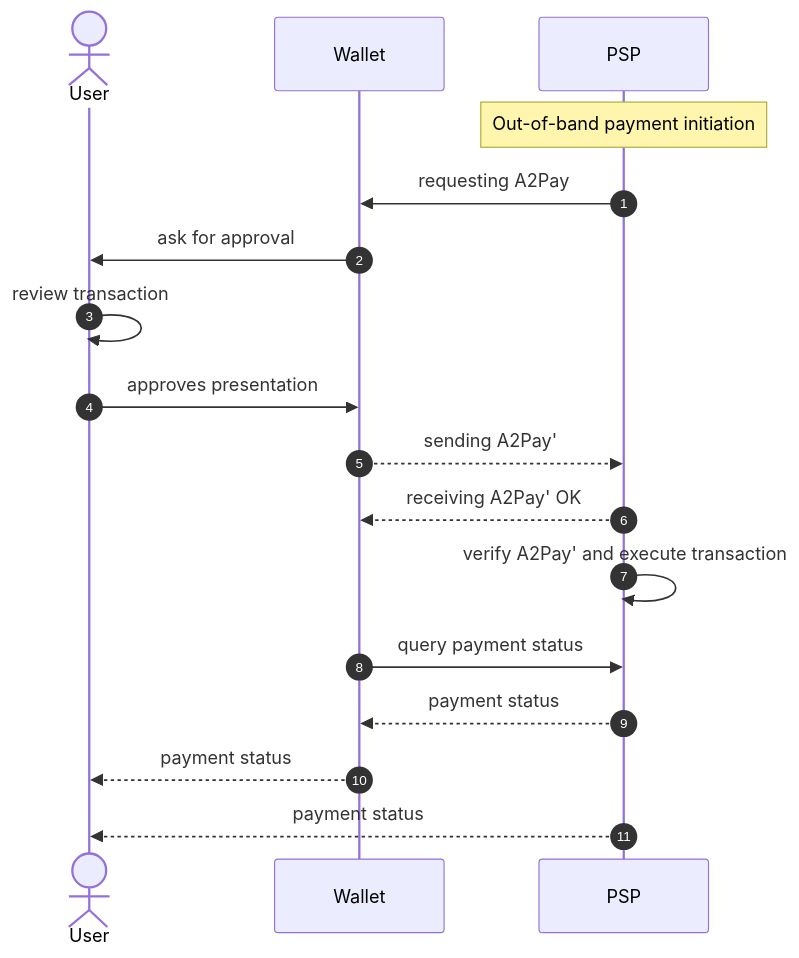
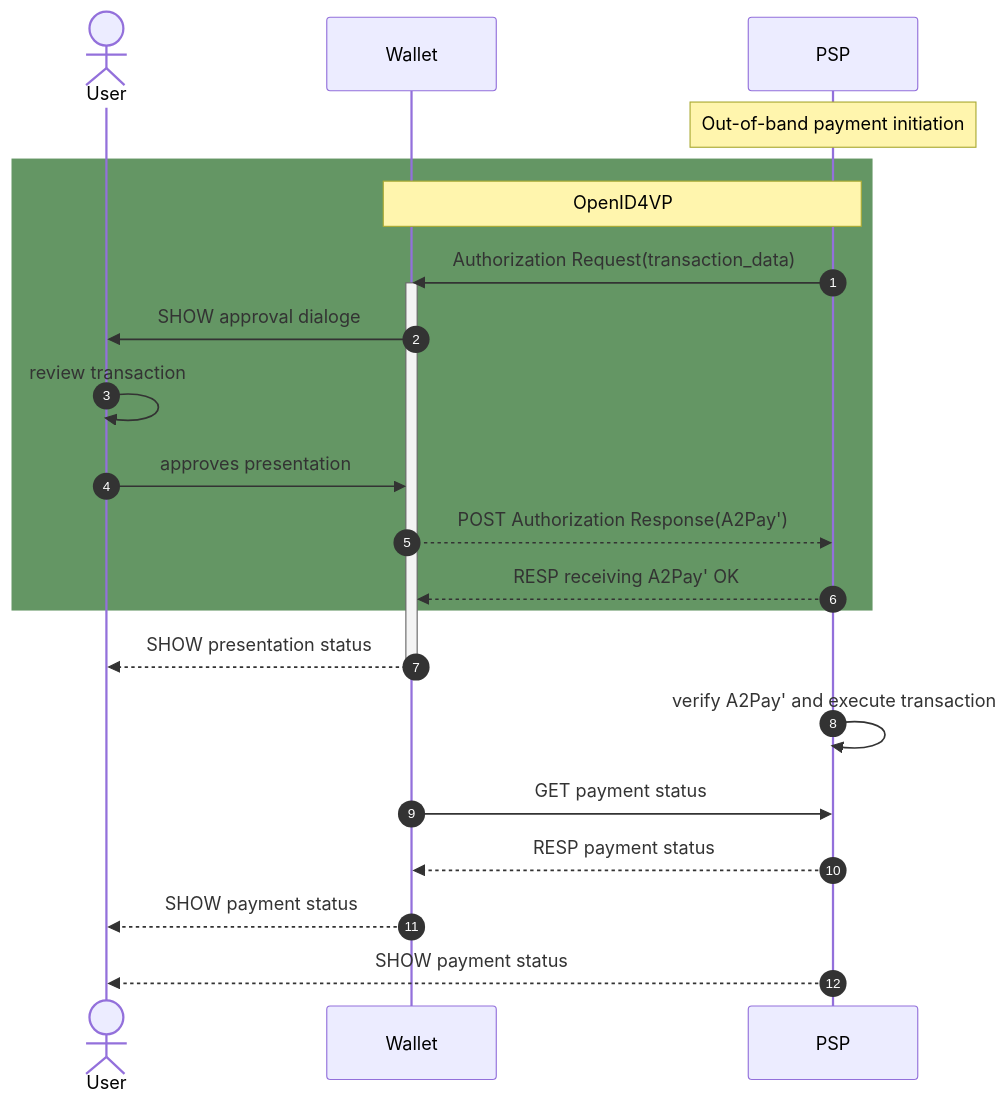
The first of 2 diagrams in payment-reference-doc.md (nobid-consortium/payment-reference-documentation), drawn with Mermaid before and after one commit. The commit also changed other lines of this file, not shown here.

Commit message:
updated sequence diagramms

````diff
--- a/payment-reference-doc.md
+++ b/payment-reference-doc.md
@@ -259,21 +259,27 @@
 ```mermaid
 
 sequenceDiagram
     autonumber
     actor user as User
     participant wallet as Wallet
     participant psp as PSP
 
     Note over psp: Out-of-band payment initiation
-    psp ->> wallet: requesting A2Pay
-    wallet ->> user: ask for approval
+    rect rgb(100, 150, 100)
+    note over wallet, psp: OpenID4VP
+    psp ->> wallet: Authorization Request(transaction_data)
+    activate wallet
+    wallet ->> user: SHOW approval dialoge
     user ->> user: review transaction
     user ->> wallet: approves presentation
-    wallet -->> psp: sending A2Pay'
-    psp -->> wallet: receiving A2Pay' OK
+    wallet -->> psp: POST Authorization Response(A2Pay')
+    psp -->> wallet: RESP receiving A2Pay' OK
+    end
+    wallet -->> user: SHOW presentation status
+    deactivate wallet
     psp ->> psp: verify A2Pay' and execute transaction
-    wallet ->> psp: query payment status
-    psp -->> wallet: payment status 
-    wallet -->> user: payment status
-    psp -->> user: payment status
+    wallet ->> psp: GET payment status
+    psp -->> wallet: RESP payment status 
+    wallet -->> user: SHOW payment status
+    psp -->> user: SHOW payment status
 ```
````
